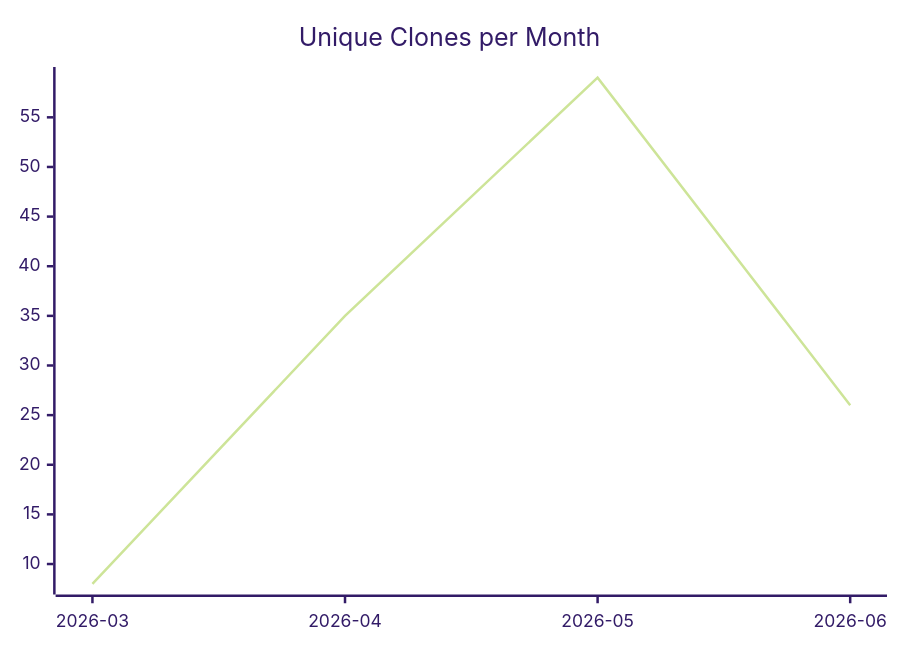
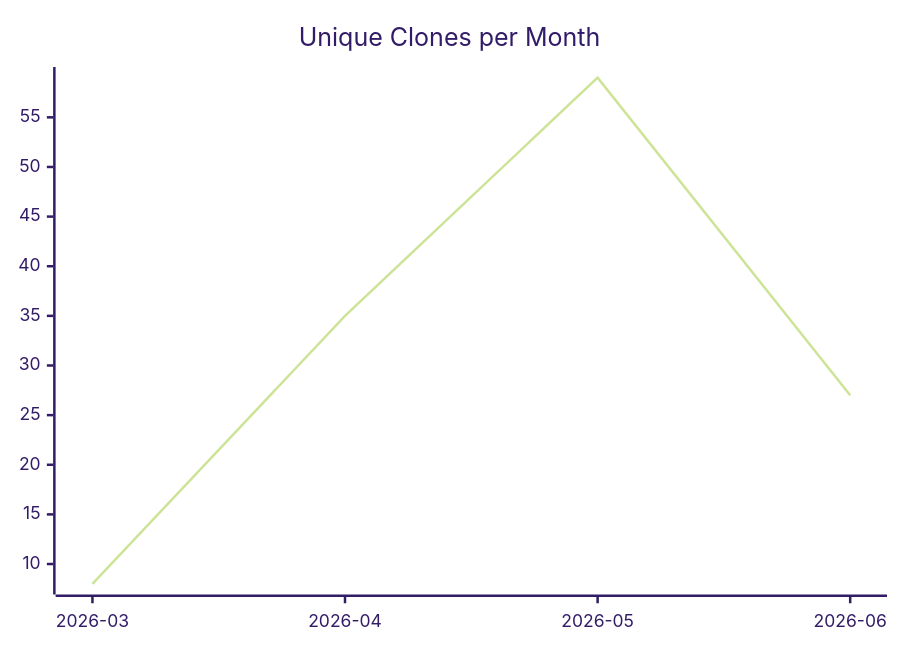
One commit to justdavis-family/github-analytics-data changed the third of 3 diagrams in karlmdavis/fhir-benchmarks/README.md. Above: the diagram before and after it, drawn with Mermaid (forest theme). The commit also changed other lines of this file and 196 other files, not shown here.

````diff
--- a/karlmdavis/fhir-benchmarks/README.md
+++ b/karlmdavis/fhir-benchmarks/README.md
@@ -19,6 +19,6 @@
 ```mermaid
 xychart-beta
   title "Unique Clones per Month"
   x-axis ["2026-03", "2026-04", "2026-05", "2026-06"]
-  line [8, 35, 59, 26]
+  line [8, 35, 59, 27]
 ```
````
